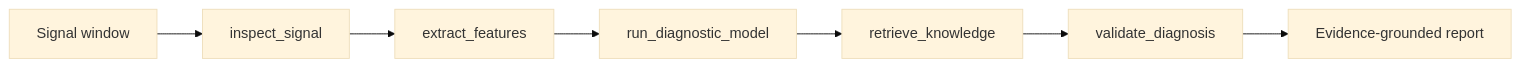
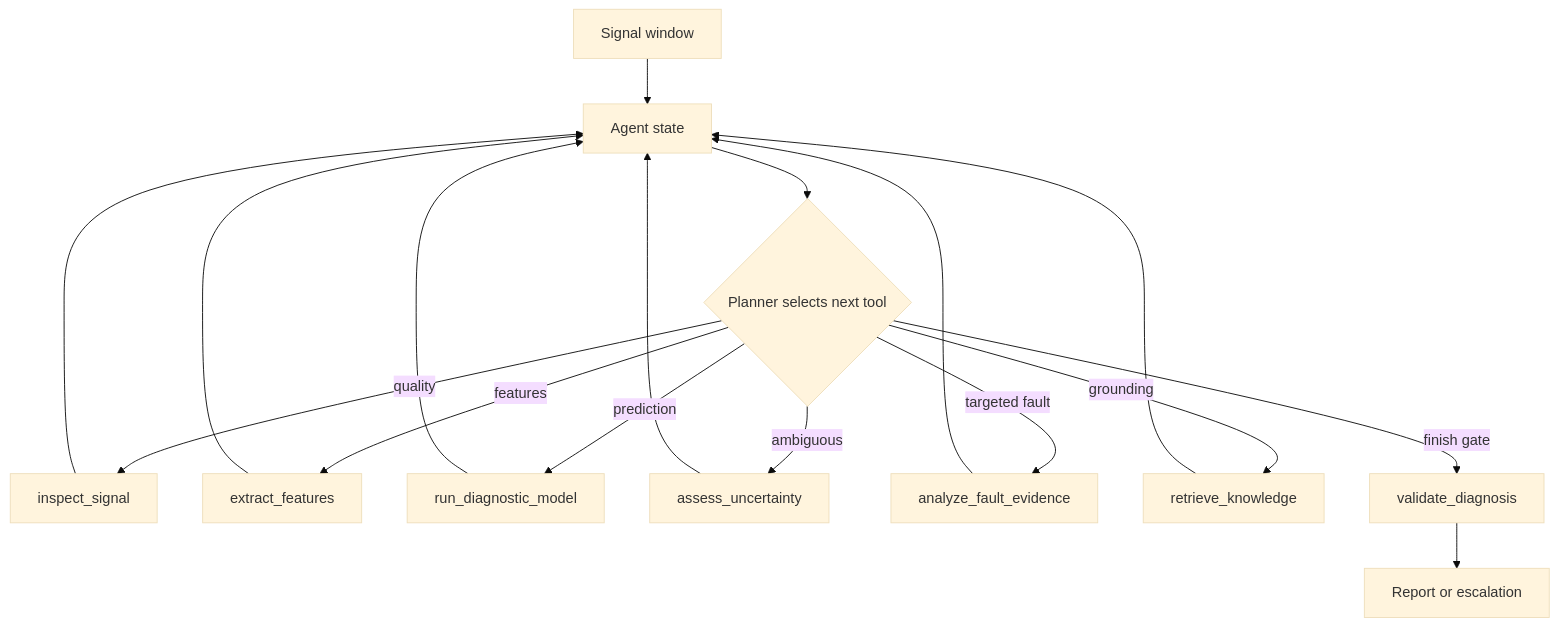
Before and after one commit to comet-42/industrial-fault-diagnosis-agent: the diagram in README.md, drawn with Mermaid (base theme). The commit also changed other lines of this file and 9 other files, not shown here.

Commit message:
Implement goal-directed tool-using Agent loop

````diff
--- a/README.md
+++ b/README.md
@@ -5,9 +5,19 @@
 ```mermaid
-flowchart LR
-  A[Signal window] --> B[inspect_signal]
-  B --> C[extract_features]
-  C --> D[run_diagnostic_model]
-  D --> E[retrieve_knowledge]
-  E --> F[validate_diagnosis]
-  F --> G[Evidence-grounded report]
+flowchart TD
+  A[Signal window] --> B[Agent state]
+  B --> C{Planner selects next tool}
+  C -->|quality| D[inspect_signal]
+  C -->|features| E[extract_features]
+  C -->|prediction| F[run_diagnostic_model]
+  C -->|ambiguous| G[assess_uncertainty]
+  C -->|targeted fault| H[analyze_fault_evidence]
+  C -->|grounding| I[retrieve_knowledge]
+  C -->|finish gate| J[validate_diagnosis]
+  D --> B
+  E --> B
+  F --> B
+  G --> B
+  H --> B
+  I --> B
+  J --> K[Report or escalation]
 ```
````
